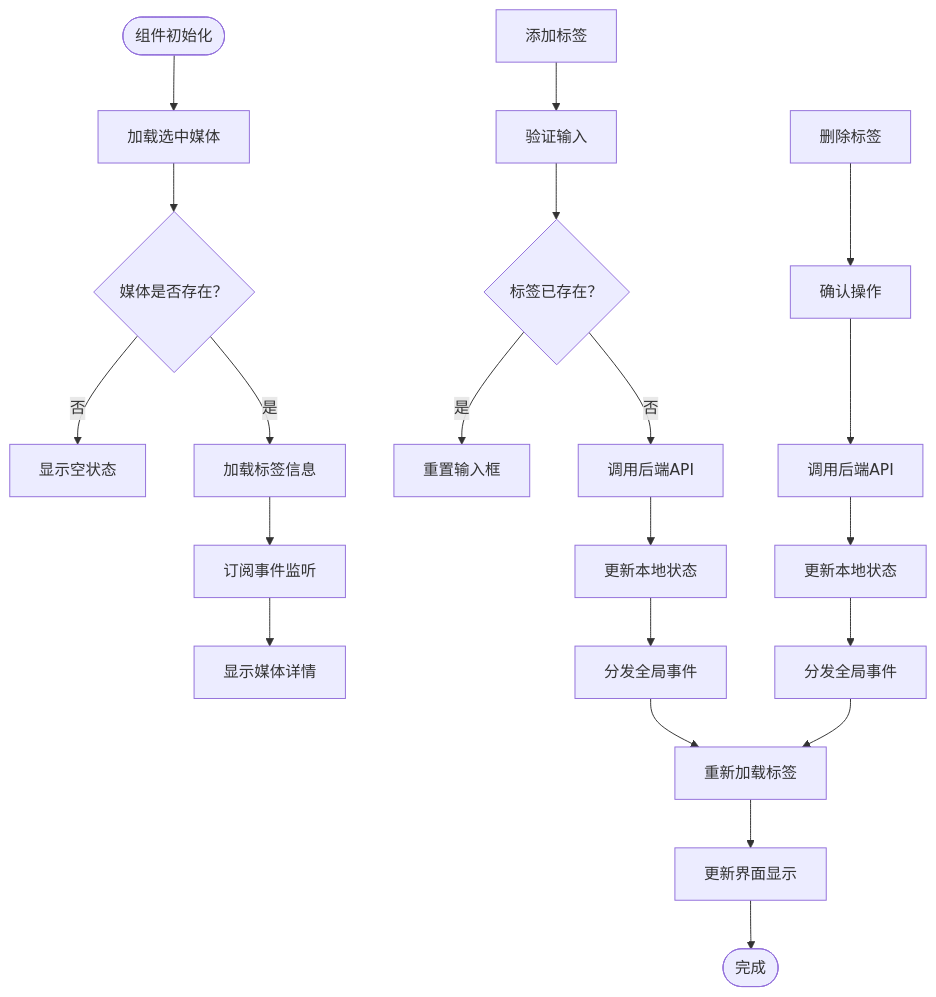
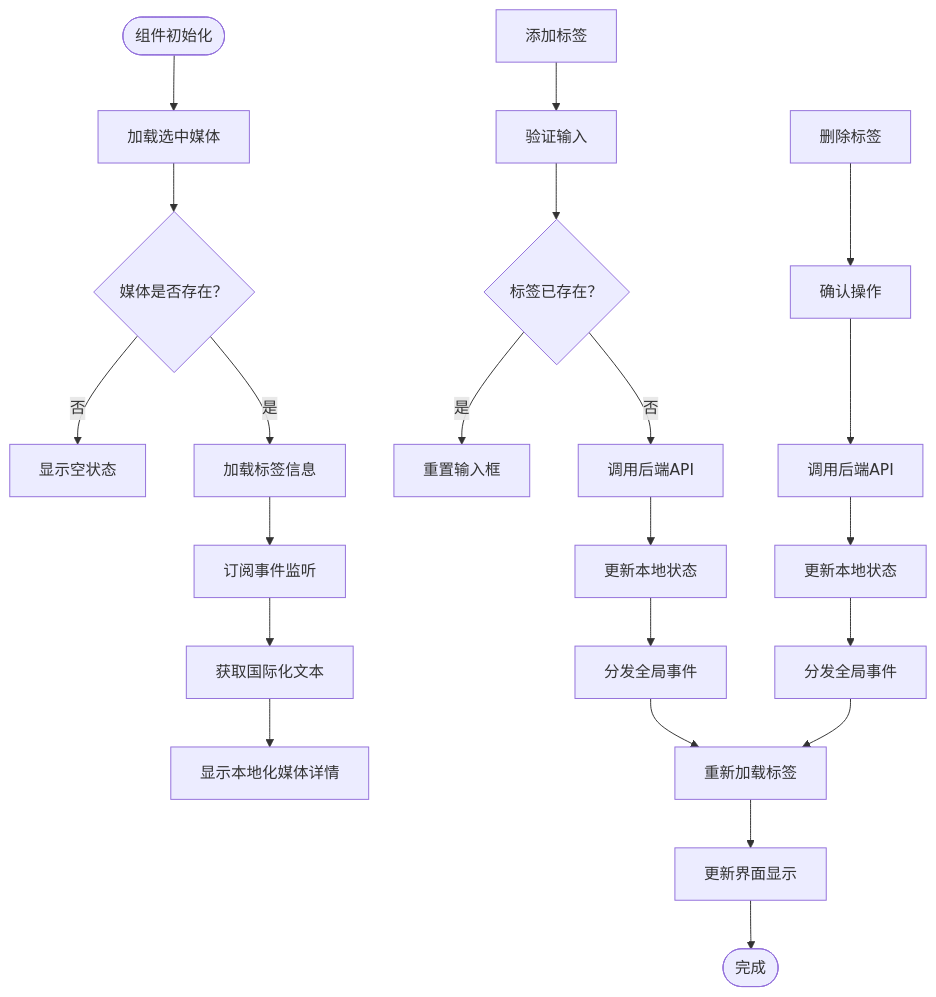
The fourth of 9 diagrams in repowiki/zh/content/前端开发/UI 组件详解/检查器组件 (Inspector).md (YLee9527/Medex), drawn with Mermaid before and after one commit. The commit also changed other lines of this file and 13 other files, not shown here.

````diff
--- a/repowiki/zh/content/前端开发/UI 组件详解/检查器组件 (Inspector).md
+++ b/repowiki/zh/content/前端开发/UI 组件详解/检查器组件 (Inspector).md
@@ -201,23 +244,24 @@
 ```mermaid
 flowchart TD
 Start([组件初始化]) --> LoadMedia["加载选中媒体"]
 LoadMedia --> CheckMedia{"媒体是否存在？"}
 CheckMedia --> |否| ShowEmpty["显示空状态"]
 CheckMedia --> |是| LoadTags["加载标签信息"]
 LoadTags --> SubscribeEvents["订阅事件监听"]
-SubscribeEvents --> ShowDetails["显示媒体详情"]
+SubscribeEvents --> GetTranslations["获取国际化文本"]
+GetTranslations --> ShowDetails["显示本地化媒体详情"]
 AddTag["添加标签"] --> ValidateInput["验证输入"]
 ValidateInput --> CheckDuplicate{"标签已存在？"}
 CheckDuplicate --> |是| ResetInput["重置输入框"]
 CheckDuplicate --> |否| CallAPI["调用后端API"]
 CallAPI --> UpdateState["更新本地状态"]
 UpdateState --> DispatchEvent["分发全局事件"]
 DispatchEvent --> ReloadTags["重新加载标签"]
 RemoveTag["删除标签"] --> ConfirmAction["确认操作"]
 ConfirmAction --> CallAPI2["调用后端API"]
 CallAPI2 --> UpdateState2["更新本地状态"]
 UpdateState2 --> DispatchEvent2["分发全局事件"]
 DispatchEvent2 --> ReloadTags
 ReloadTags --> UpdateUI["更新界面显示"]
 UpdateUI --> End([完成])
 ```
````
